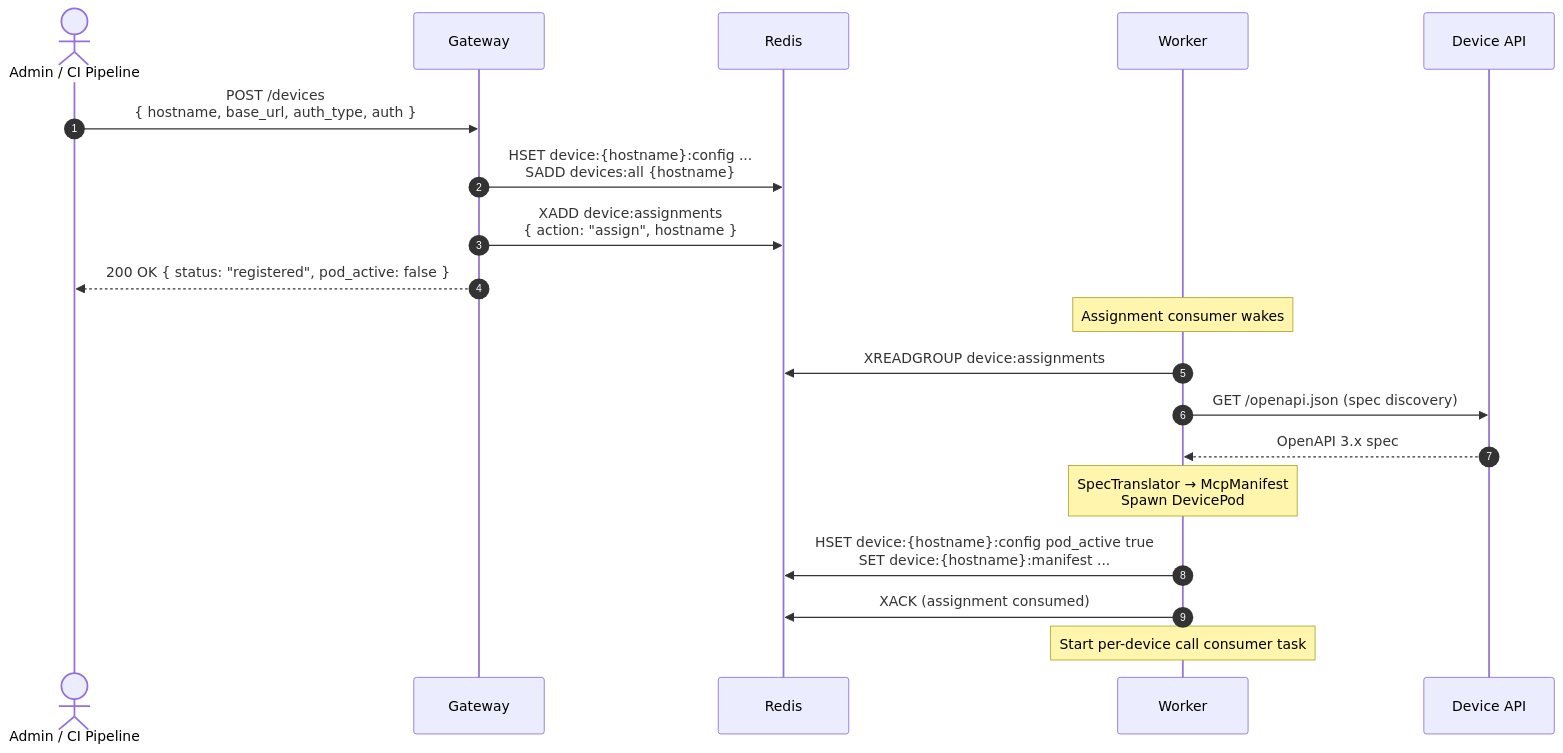
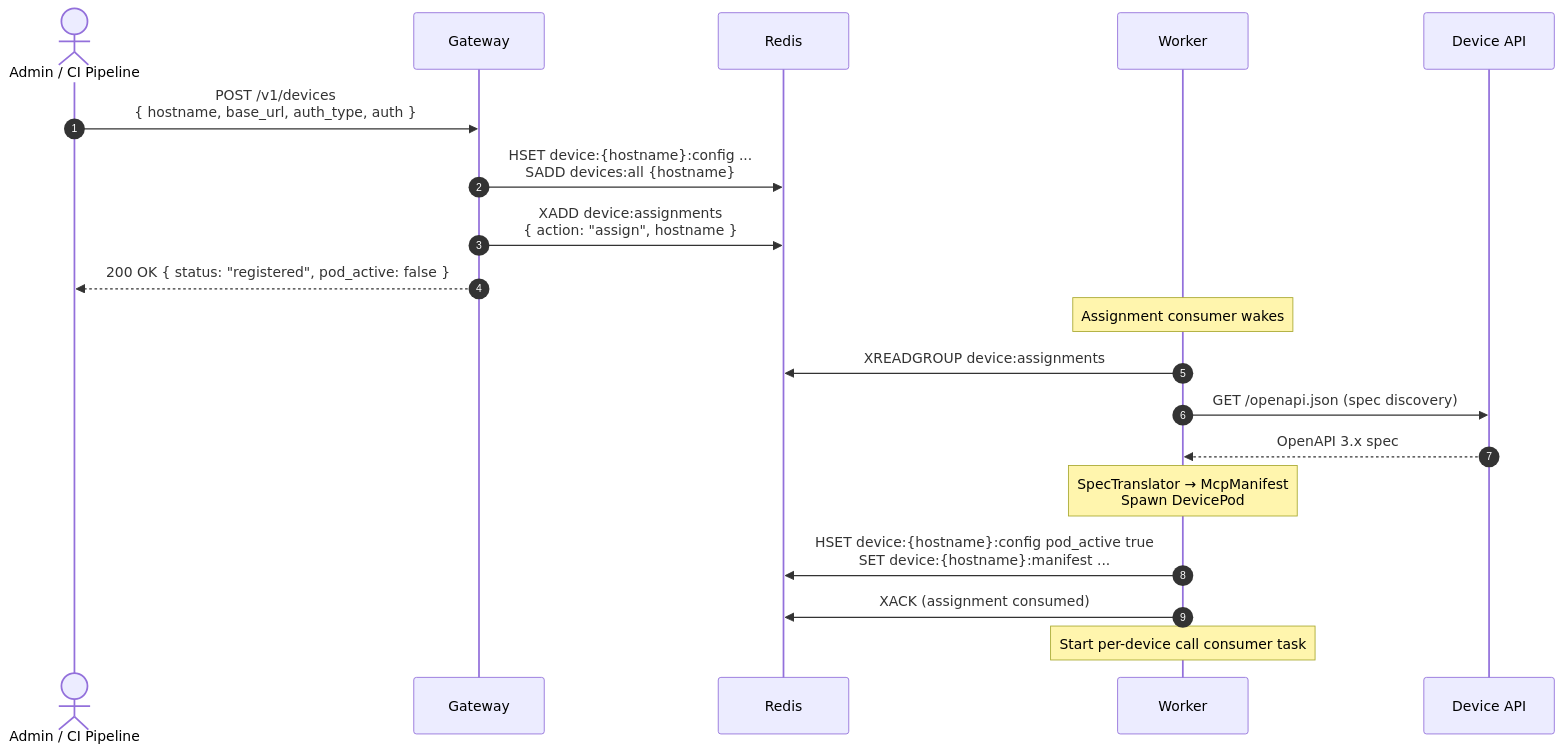
Before and after one commit to benwold-lgtm/MCP-Gateway: the second of 3 diagrams in docs/kubernetes-architecture.md, drawn with Mermaid. The commit also changed other lines of this file and 18 other files, not shown here.

````diff
--- a/docs/kubernetes-architecture.md
+++ b/docs/kubernetes-architecture.md
@@ -92,24 +92,24 @@
 ```mermaid
 sequenceDiagram
     autonumber
 
     actor Admin as Admin / CI Pipeline
     participant GW as Gateway
     participant REDIS as Redis
     participant WK as Worker
     participant API as Device API
 
-    Admin->>GW: POST /devices<br/>{ hostname, base_url, auth_type, auth }
+    Admin->>GW: POST /v1/devices<br/>{ hostname, base_url, auth_type, auth }
     GW->>REDIS: HSET device:{hostname}:config ...<br/>SADD devices:all {hostname}
     GW->>REDIS: XADD device:assignments<br/>{ action: "assign", hostname }
     GW-->>Admin: 200 OK { status: "registered", pod_active: false }
 
     Note over WK: Assignment consumer wakes
     WK->>REDIS: XREADGROUP device:assignments
     WK->>API: GET /openapi.json  (spec discovery)
     API-->>WK: OpenAPI 3.x spec
     Note over WK: SpecTranslator → McpManifest<br/>Spawn DevicePod
     WK->>REDIS: HSET device:{hostname}:config pod_active true<br/>SET device:{hostname}:manifest ...
     WK->>REDIS: XACK  (assignment consumed)
     Note over WK: Start per-device call consumer task
 ```
````
